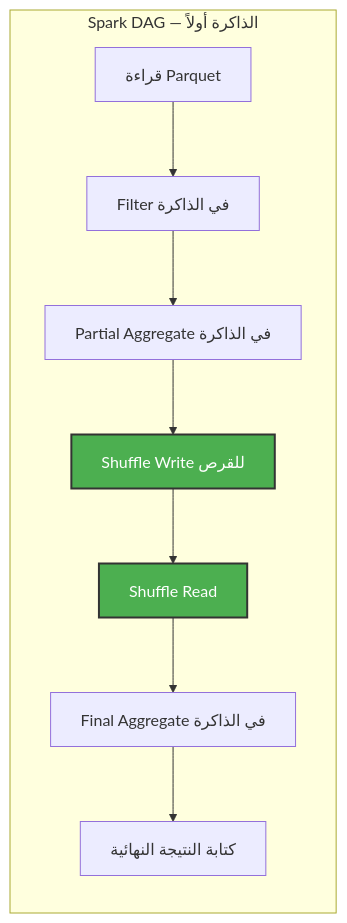
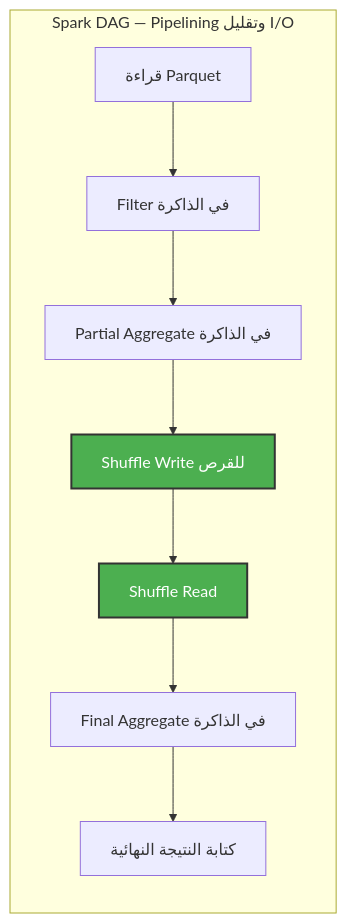
One commit to shehab-hub-0/Spark changed the second of 2 diagrams in Spark/01_core_architecture/01_distributed_computing_mapreduce.md. Above: the diagram before and after it, drawn with Mermaid. The commit also changed other lines of this file and 11 other files, not shown here.

````diff
--- a/Spark/01_core_architecture/01_distributed_computing_mapreduce.md
+++ b/Spark/01_core_architecture/01_distributed_computing_mapreduce.md
@@ -134,14 +134,14 @@
 ```mermaid
 graph LR
-    subgraph SPARK ["Spark DAG — الذاكرة أولاً"]
+    subgraph SPARK ["Spark DAG — Pipelining وتقليل I/O"]
         SInput[قراءة Parquet] --> Filter[Filter في الذاكرة]
         Filter --> PartAgg[Partial Aggregate في الذاكرة]
         PartAgg --> SW[Shuffle Write للقرص]
         SW --> SR[Shuffle Read]
         SR --> FinalAgg[Final Aggregate في الذاكرة]
         FinalAgg --> Output[كتابة النتيجة النهائية]
     end
 
     style SW fill:#4CAF50,stroke:#333,stroke-width:2px,color:#fff
     style SR fill:#4CAF50,stroke:#333,stroke-width:2px,color:#fff
 ```
````
